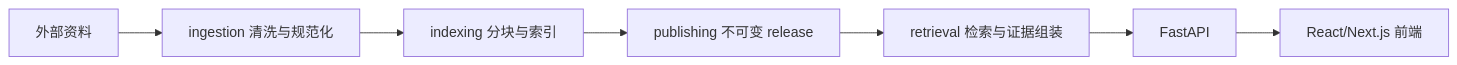
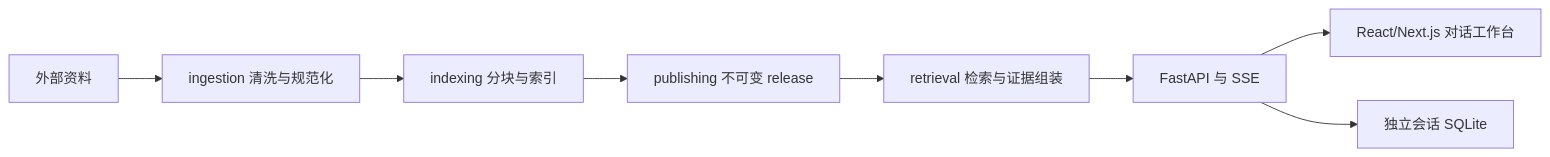
One commit to xinghuahewo/KB changed the first of 2 diagrams in docs/architecture.md. Above: the diagram before and after it, drawn with Mermaid. The commit also changed other lines of this file and 54 other files, not shown here.

````diff
--- a/docs/architecture.md
+++ b/docs/architecture.md
@@ -7,9 +7,10 @@
 ```mermaid
 flowchart LR
     S["外部资料"] --> I["ingestion 清洗与规范化"]
     I --> X["indexing 分块与索引"]
     X --> P["publishing 不可变 release"]
     P --> R["retrieval 检索与证据组装"]
-    R --> A["FastAPI"]
-    A --> F["React/Next.js 前端"]
+    R --> A["FastAPI 与 SSE"]
+    A --> F["React/Next.js 对话工作台"]
+    A --> C["独立会话 SQLite"]
 ```
````
